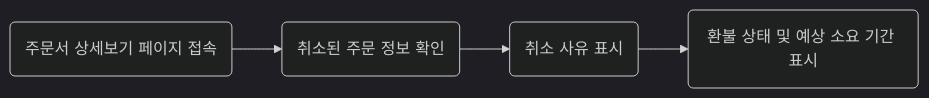
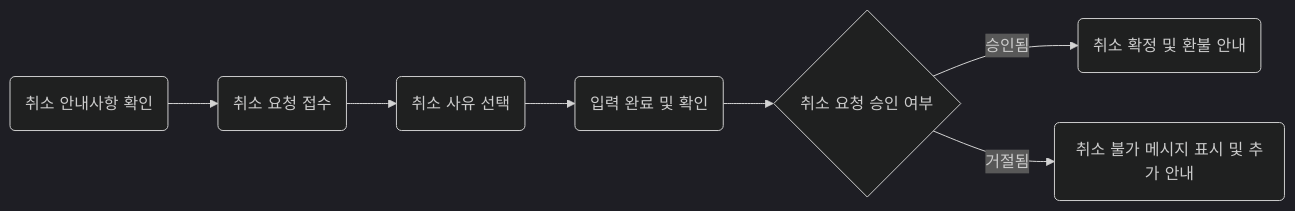
Before and after one commit to Dev-FE-3/team4-phoenix-CustomService: diagram 13 of 13 in design/기능정의서.md, drawn with Mermaid (dark theme). The commit also changed other lines of this file, not shown here.

````diff
--- a/design/기능정의서.md
+++ b/design/기능정의서.md
@@ -413,7 +498,9 @@
 ```mermaid
 flowchart LR
-A(주문서 상세보기 페이지 접속) --> B(취소된 주문 정보 확인)
-B --> C(취소 사유 표시)
-C --> D(환불 상태 및 예상 소요 기간 표시)
-
+A(취소 안내사항 확인) --> B(취소 요청 접수)
+B --> C(취소 사유 선택)
+C --> D(입력 완료 및 확인)
+D --> E{취소 요청 승인 여부}
+E --> |승인됨| F(취소 확정 및 환불 안내)
+E --> |거절됨| G(취소 불가 메시지 표시 및 추가 안내)
 ```
````
